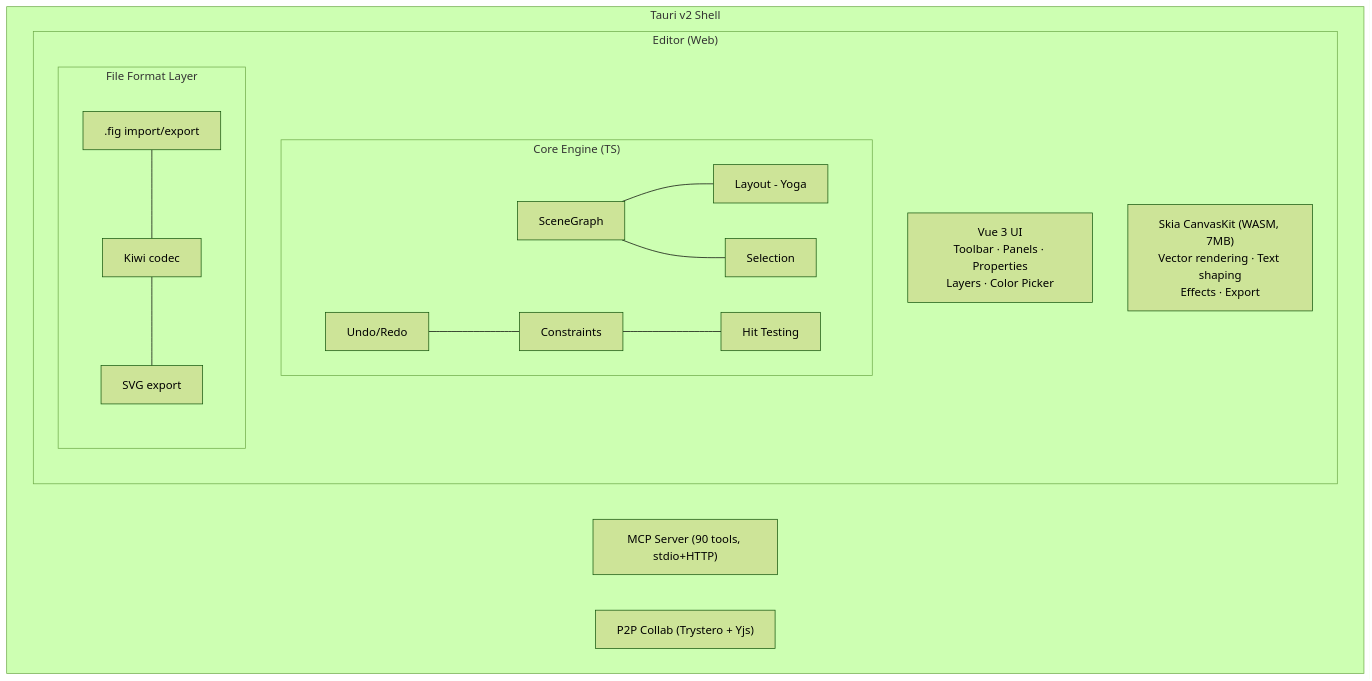
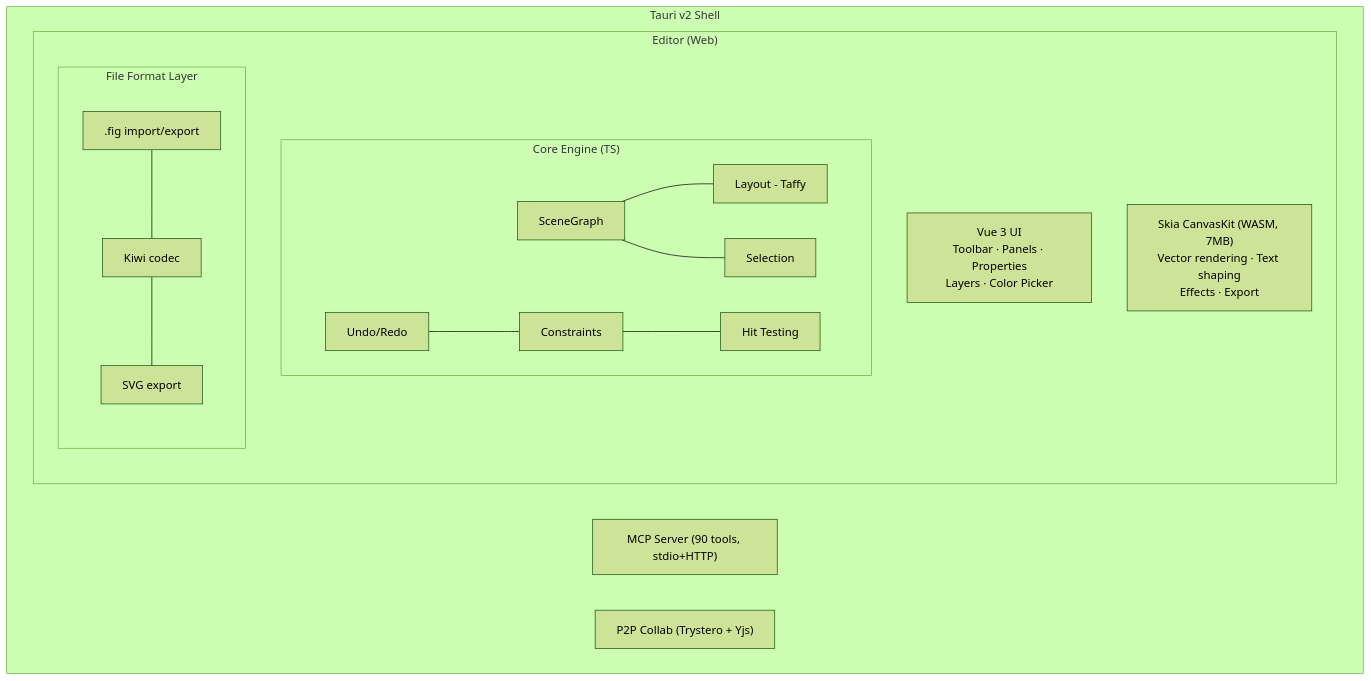
One commit to open-pencil/open-pencil changed the diagram in packages/docs/development/architecture.md. Above: the diagram before and after it, drawn with Mermaid (forest theme). The commit also changed other lines of this file and 60 other files, not shown here.

````diff
--- a/packages/docs/development/architecture.md
+++ b/packages/docs/development/architecture.md
@@ -8,21 +8,21 @@
 ```mermaid
 graph TB
     subgraph Tauri["Tauri v2 Shell"]
         subgraph Editor["Editor (Web)"]
             UI["Vue 3 UI<br/>Toolbar · Panels · Properties<br/>Layers · Color Picker"]
             Skia["Skia CanvasKit (WASM, 7MB)<br/>Vector rendering · Text shaping<br/>Effects · Export"]
             subgraph Core["Core Engine (TS)"]
-                SG[SceneGraph] --- Layout[Layout - Yoga]
+                SG[SceneGraph] --- Layout[Layout - Taffy]
                 SG --- Selection
                 Undo[Undo/Redo] --- Constraints
                 Constraints --- HitTest[Hit Testing]
             end
             subgraph FileFormat["File Format Layer"]
                 FigIO[".fig import/export"] --- Kiwi[Kiwi codec]
                 Kiwi --- SVG[SVG export]
             end
         end
         MCP["MCP Server (90 tools, stdio+HTTP)"]
         Collab["P2P Collab (Trystero + Yjs)"]
     end
 ```
````
